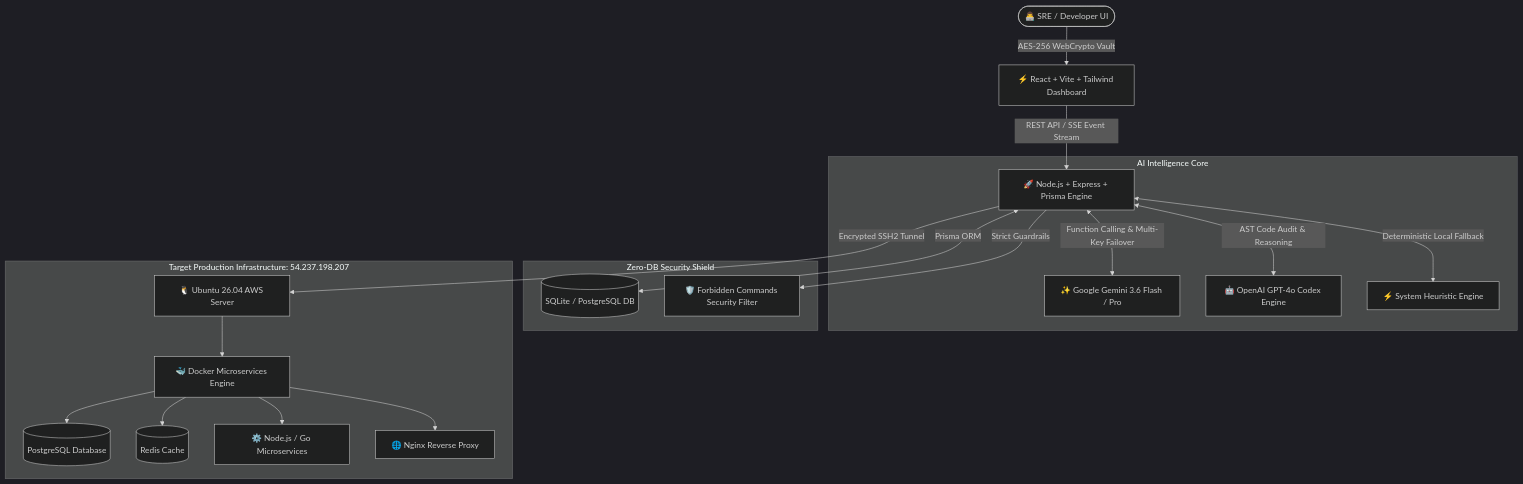
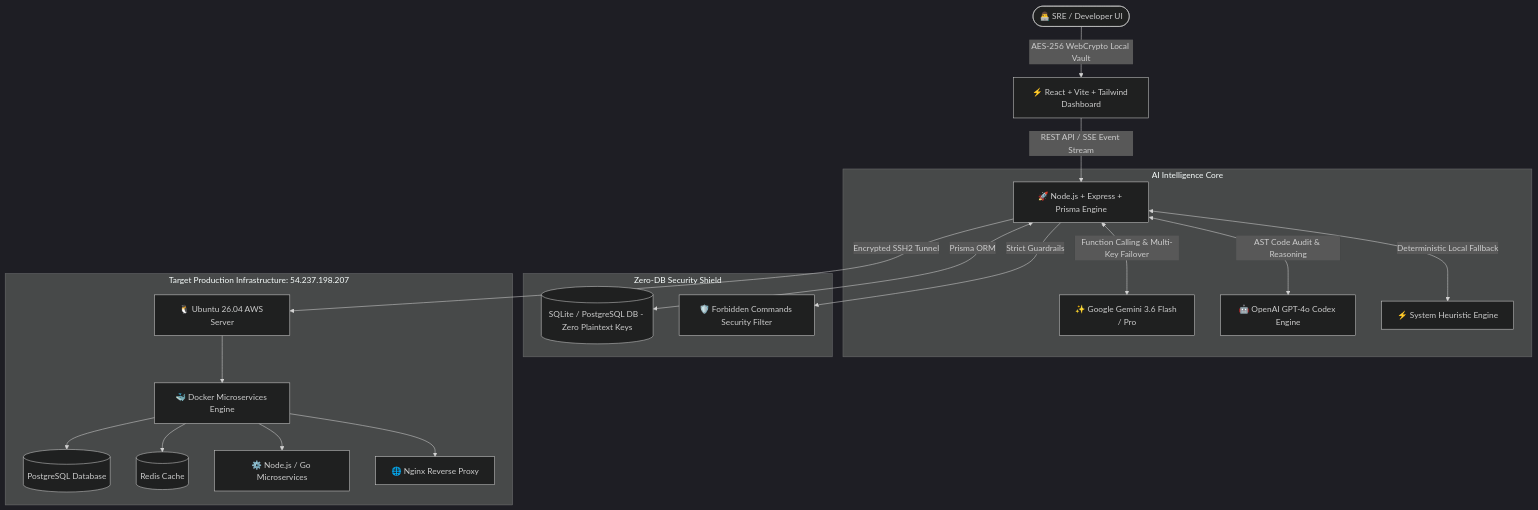
The diagram in README.md (WildDragonDot/ops-pilot), drawn with Mermaid (dark theme) before and after one commit. The commit also changed other lines of this file, not shown here.

Commit message:
docs: add Zero-Knowledge Privacy Guarantee notice to README

````diff
--- a/README.md
+++ b/README.md
@@ -17,25 +22,25 @@
 ```mermaid
 graph TD
-    User([👨‍💻 SRE / Developer UI]) -->|AES-256 WebCrypto Vault| Frontend[⚡ React + Vite + Tailwind Dashboard]
+    User([👨‍💻 SRE / Developer UI]) -->|AES-256 WebCrypto Local Vault| Frontend[⚡ React + Vite + Tailwind Dashboard]
     Frontend -->|REST API / SSE Event Stream| Backend[🚀 Node.js + Express + Prisma Engine]
     
     subgraph AI Intelligence Core
         Backend <-->|Function Calling & Multi-Key Failover| Gemini[✨ Google Gemini 3.6 Flash / Pro]
         Backend <-->|AST Code Audit & Reasoning| OpenAI[🤖 OpenAI GPT-4o Codex Engine]
         Backend <-->|Deterministic Local Fallback| FallbackAI[⚡ System Heuristic Engine]
     end
     
     subgraph Zero-DB Security Shield
-        Backend <-->|Prisma ORM| DB[(SQLite / PostgreSQL DB)]
+        Backend <-->|Prisma ORM| DB[(SQLite / PostgreSQL DB - Zero Plaintext Keys)]
         Backend -->|Strict Guardrails| Policy[🛡️ Forbidden Commands Security Filter]
     end
     
     subgraph Target Production Infrastructure: 54.237.198.207
         Backend -->|Encrypted SSH2 Tunnel| Host[🐧 Ubuntu 26.04 AWS Server]
         Host --> Docker[🐳 Docker Microservices Engine]
         Docker --> PG[(PostgreSQL Database)]
         Docker --> Redis[(Redis Cache)]
         Docker --> Microservices[⚙️ Node.js / Go Microservices]
         Docker --> Nginx[🌐 Nginx Reverse Proxy]
     end
 ```
````
